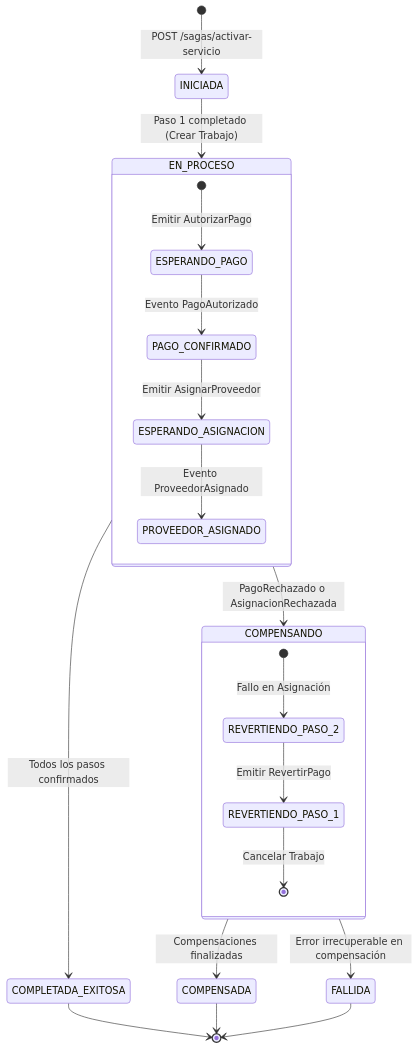
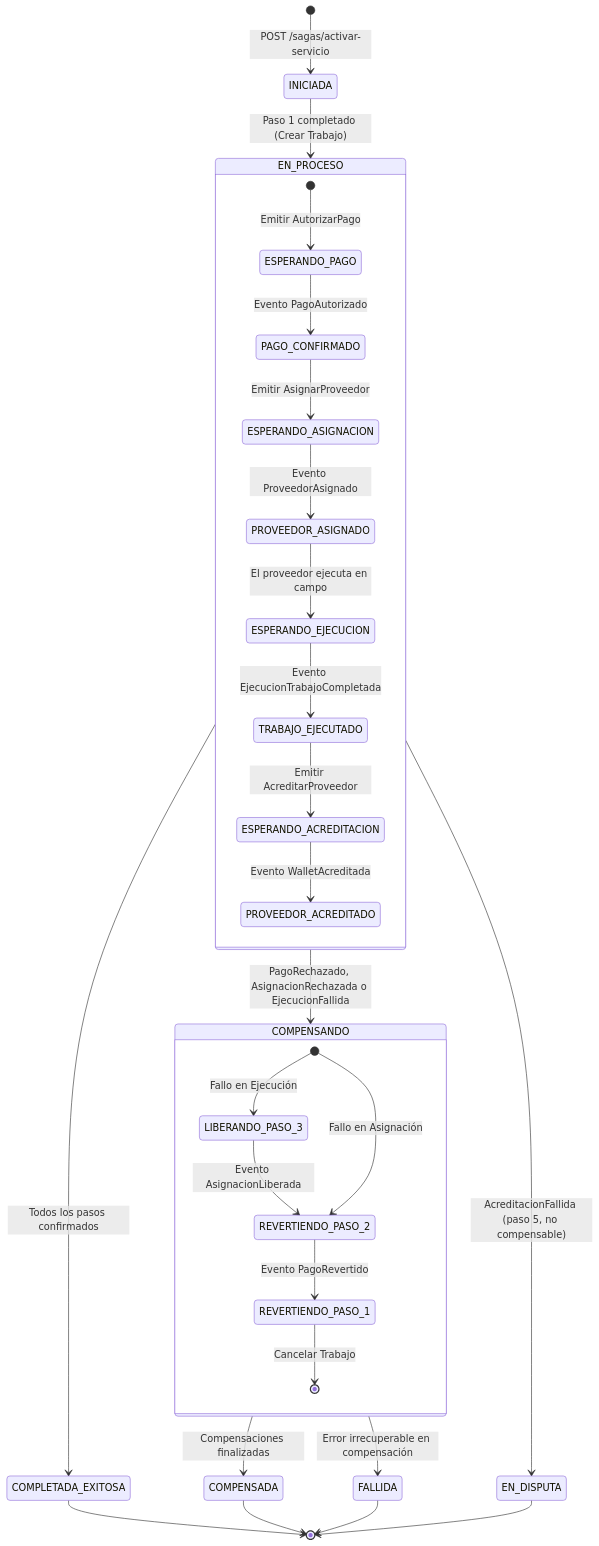
Before and after one commit to criscont17/hogar-de-los-alpes: the first of 4 diagrams in docs/semana-7/patron-sagas-y-saga-log.md, drawn with Mermaid. The commit also changed other lines of this file and 61 other files, not shown here.

````diff
--- a/docs/semana-7/patron-sagas-y-saga-log.md
+++ b/docs/semana-7/patron-sagas-y-saga-log.md
@@ -43,28 +44,37 @@
 ```mermaid
 stateDiagram-v2
     [*] --> INICIADA: POST /sagas/activar-servicio
     INICIADA --> EN_PROCESO: Paso 1 completado (Crear Trabajo)
     
     state EN_PROCESO {
         [*] --> ESPERANDO_PAGO: Emitir AutorizarPago
         ESPERANDO_PAGO --> PAGO_CONFIRMADO: Evento PagoAutorizado
         PAGO_CONFIRMADO --> ESPERANDO_ASIGNACION: Emitir AsignarProveedor
         ESPERANDO_ASIGNACION --> PROVEEDOR_ASIGNADO: Evento ProveedorAsignado
+        PROVEEDOR_ASIGNADO --> ESPERANDO_EJECUCION: El proveedor ejecuta en campo
+        ESPERANDO_EJECUCION --> TRABAJO_EJECUTADO: Evento EjecucionTrabajoCompletada
+        TRABAJO_EJECUTADO --> ESPERANDO_ACREDITACION: Emitir AcreditarProveedor
+        ESPERANDO_ACREDITACION --> PROVEEDOR_ACREDITADO: Evento WalletAcreditada
     }
 
     EN_PROCESO --> COMPLETADA_EXITOSA: Todos los pasos confirmados
     
     state COMPENSANDO {
+        [*] --> LIBERANDO_PASO_3: Fallo en Ejecución
+        LIBERANDO_PASO_3 --> REVERTIENDO_PASO_2: Evento AsignacionLiberada
         [*] --> REVERTIENDO_PASO_2: Fallo en Asignación
-        REVERTIENDO_PASO_2 --> REVERTIENDO_PASO_1: Emitir RevertirPago
+        REVERTIENDO_PASO_2 --> REVERTIENDO_PASO_1: Evento PagoRevertido
         REVERTIENDO_PASO_1 --> [*]: Cancelar Trabajo
     }
 
-    EN_PROCESO --> COMPENSANDO: PagoRechazado o AsignacionRechazada
+    EN_PROCESO --> COMPENSANDO: PagoRechazado, AsignacionRechazada o EjecucionFallida
     COMPENSANDO --> COMPENSADA: Compensaciones finalizadas
     COMPENSANDO --> FALLIDA: Error irrecuperable en compensación
 
+    EN_PROCESO --> EN_DISPUTA: AcreditacionFallida (paso 5, no compensable)
+
     COMPLETADA_EXITOSA --> [*]
     COMPENSADA --> [*]
+    EN_DISPUTA --> [*]
     FALLIDA --> [*]
 ```
````
